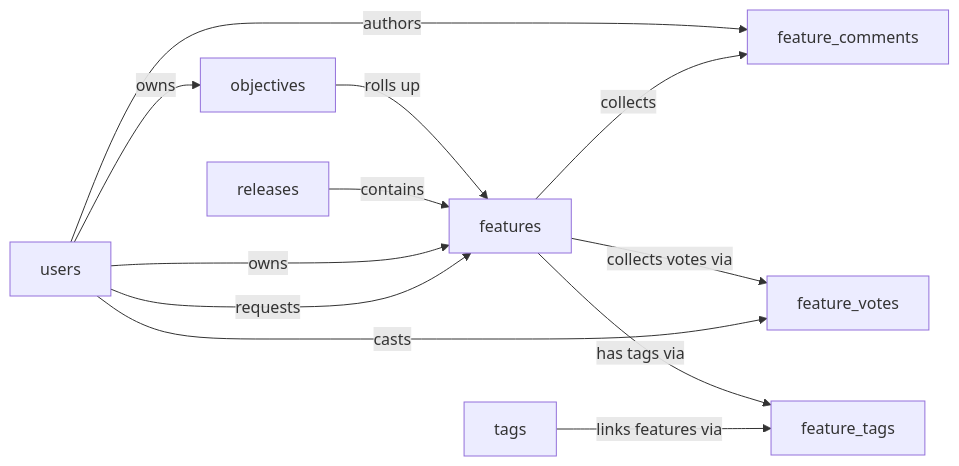
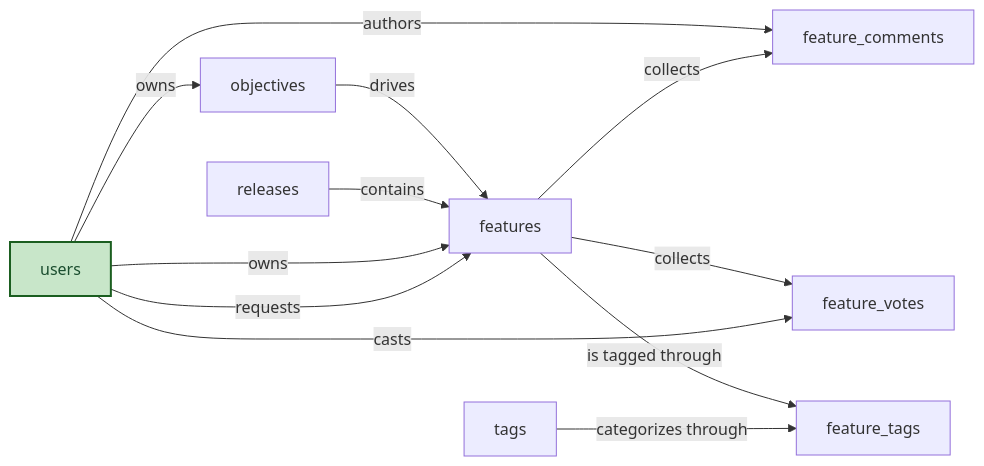
Before and after one commit to semantius/semantius: the diagram in models/product_roadmap-semantic-model.md, drawn with Mermaid. The commit also changed other lines of this file and 12 other files, not shown here.

````diff
--- a/models/product_roadmap-semantic-model.md
+++ b/models/product_roadmap-semantic-model.md
@@ -53,14 +55,16 @@
 ```mermaid
 flowchart LR
-    objectives -->|rolls up| features
+    classDef builtin fill:#c8e6c9,stroke:#1b5e20,stroke-width:2px,color:#1a4d2e;
+    objectives -->|drives| features
     releases -->|contains| features
     users -->|owns| objectives
     users -->|owns| features
     users -->|requests| features
     users -->|authors| feature_comments
     features -->|collects| feature_comments
-    features -->|collects votes via| feature_votes
+    features -->|collects| feature_votes
     users -->|casts| feature_votes
-    features -->|has tags via| feature_tags
-    tags -->|links features via| feature_tags
+    features -->|is tagged through| feature_tags
+    tags -->|categorizes through| feature_tags
+    class users builtin;
 ```
````
